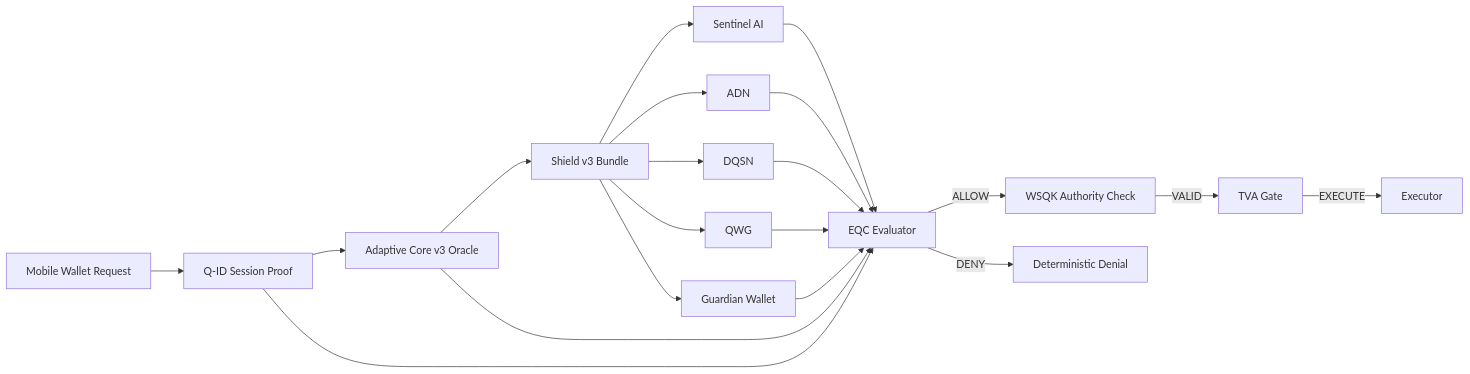
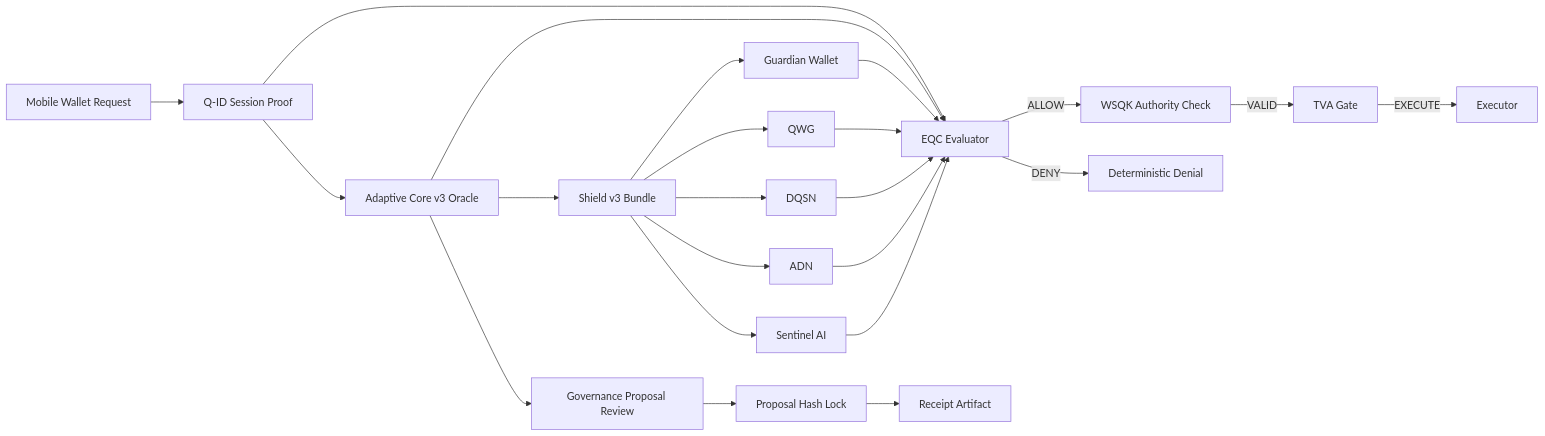
Before and after one commit to DarekDGB/DigiByte-AdamantineOS: the diagram in README.md, drawn with Mermaid. The commit also changed other lines of this file, not shown here.

Commit message:
docs(readme): update status and release summary for v2.1.0 governance compatibility lock

````diff
--- a/README.md
+++ b/README.md
@@ -53,26 +55,30 @@
 ``` mermaid
 flowchart LR
     A[Mobile Wallet Request] --> B[Q-ID Session Proof]
     B --> C[Adaptive Core v3 Oracle]
     C --> D[Shield v3 Bundle]
 
     D --> D1[Sentinel AI]
     D --> D2[ADN]
     D --> D3[DQSN]
     D --> D4[QWG]
     D --> D5[Guardian Wallet]
 
     D1 --> E[EQC Evaluator]
     D2 --> E
     D3 --> E
     D4 --> E
     D5 --> E
     C --> E
     B --> E
 
+    C --> G1[Governance Proposal Review]
+    G1 --> G2[Proposal Hash Lock]
+    G2 --> G3[Receipt Artifact]
+
     E -->|ALLOW| F[WSQK Authority Check]
     F -->|VALID| G[TVA Gate]
     G -->|EXECUTE| H[Executor]
 
     E -->|DENY| X[Deterministic Denial]
 ```
````
